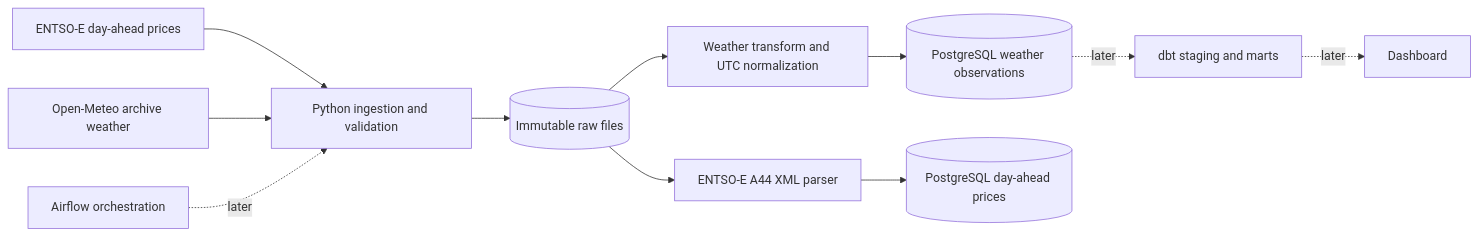
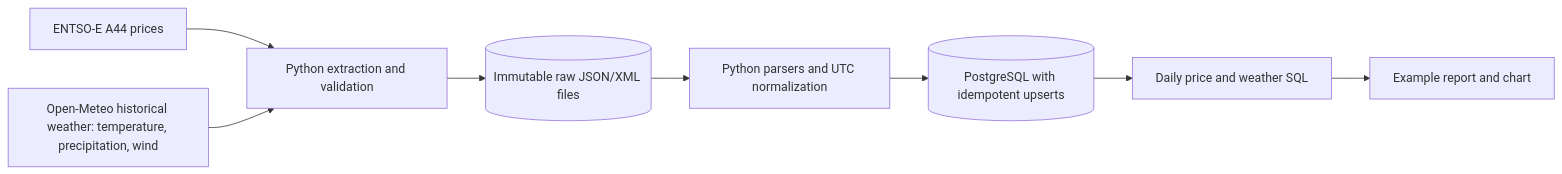
The diagram in README.md (jacm1200/Energy-Data-Platform), drawn with Mermaid before and after one commit. The commit also changed other lines of this file and 5 other files, not shown here.

````diff
--- a/README.md
+++ b/README.md
@@ -16,13 +7,10 @@
 ```mermaid
 flowchart LR
-    E[ENTSO-E day-ahead prices] --> I[Python ingestion and validation]
-    W[Open-Meteo archive weather] --> I
-    I --> R[(Immutable raw files)]
-    R --> T[Weather transform and UTC normalization]
-    T --> P[(PostgreSQL weather observations)]
-    R --> X[ENTSO-E A44 XML parser]
-    X --> Q[(PostgreSQL day-ahead prices)]
-    P -. later .-> D[dbt staging and marts]
-    A[Airflow orchestration] -. later .-> I
-    D -. later .-> V[Dashboard]
+    E[ENTSO-E A44 prices] --> I[Python extraction and validation]
+    W[Open-Meteo historical weather: temperature, precipitation, wind] --> I
+    I --> R[(Immutable raw JSON/XML files)]
+    R --> P[Python parsers and UTC normalization]
+    P --> PG[(PostgreSQL with idempotent upserts)]
+    PG --> SQL[Daily price and weather SQL]
+    SQL --> V[Example report and chart]
 ```
````
